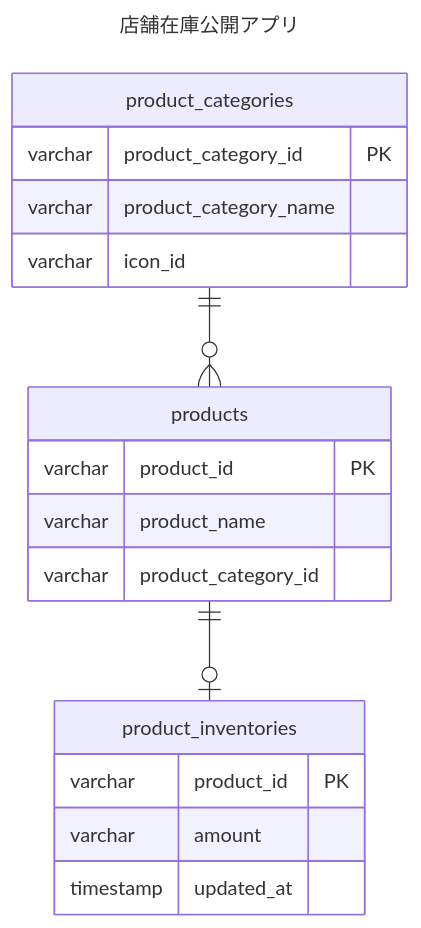
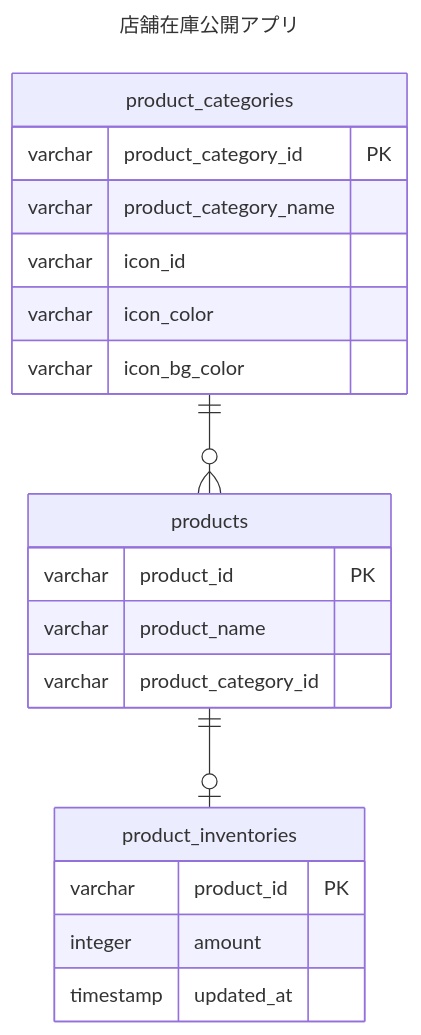
The diagram in docs/テーブル設計.md (kawarabasami/store-inventory-disclosure-poc), drawn with Mermaid before and after one commit. The commit also changed other lines of this file and 8 other files, not shown here.

````diff
--- a/docs/テーブル設計.md
+++ b/docs/テーブル設計.md
@@ -6,28 +7,30 @@
 ```mermaid
 ---
 title: 店舗在庫公開アプリ
 ---
 erDiagram
 
   product_categories ||--o{ products :""
   products ||--o| product_inventories :""
   product_inventories
 
   product_categories {
     varchar product_category_id PK
     varchar product_category_name
     varchar icon_id
+    varchar icon_color
+    varchar icon_bg_color
   }
 
   products {
     varchar product_id PK
     varchar product_name
     varchar product_category_id
   }
 
   product_inventories {
     varchar product_id PK
-    varchar amount
+    integer amount
     timestamp updated_at
   }
 ```
````
